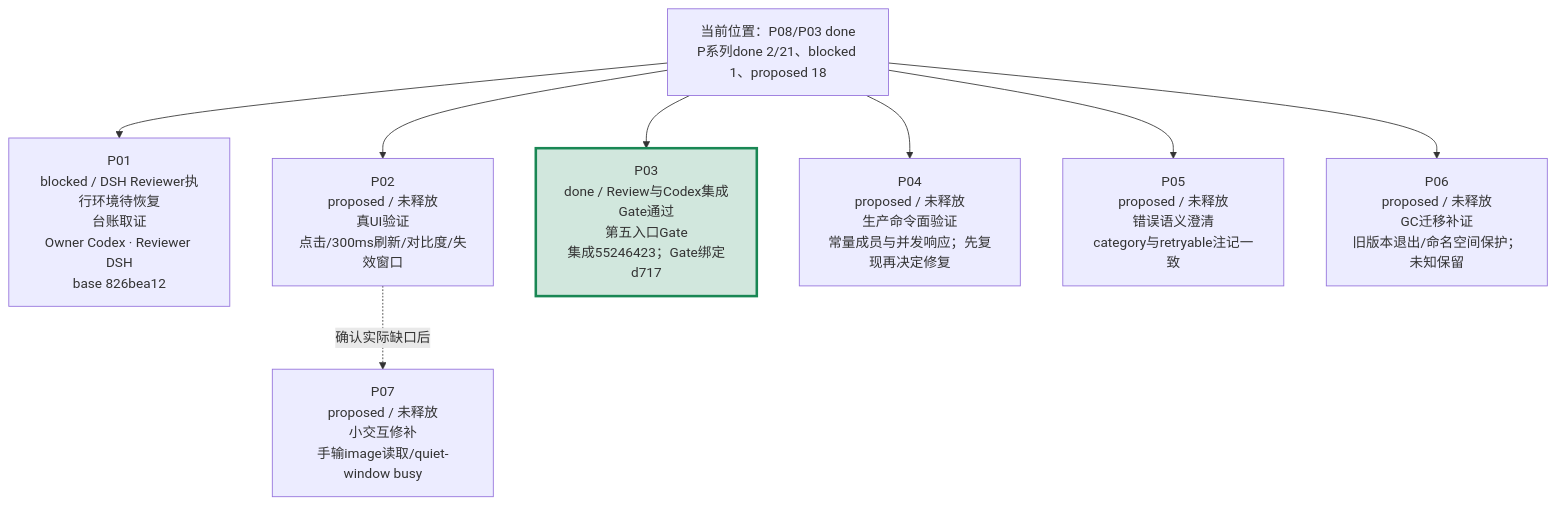
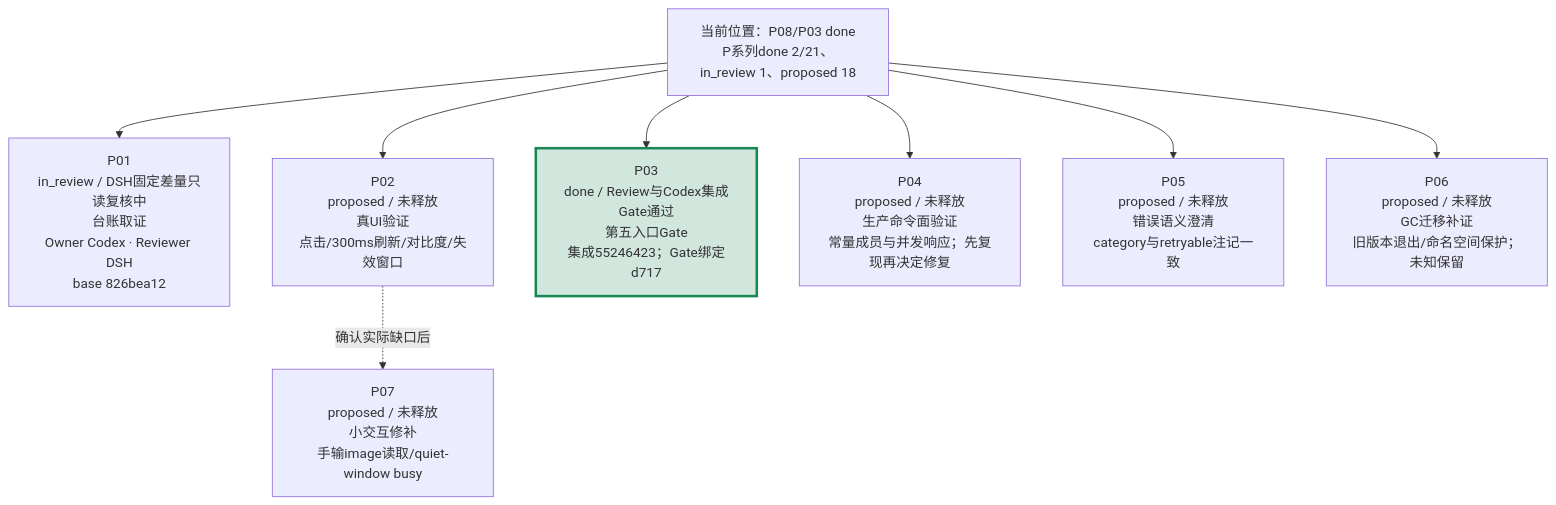
The second of 4 diagrams in verification/PROJECT-ROADMAP-20261008/ROADMAP.md (peakwheat-pixel/New-Manga), drawn with Mermaid before and after one commit. The commit also changed other lines of this file and 12 other files, not shown here.

````diff
--- a/verification/PROJECT-ROADMAP-20261008/ROADMAP.md
+++ b/verification/PROJECT-ROADMAP-20261008/ROADMAP.md
@@ -30,11 +30,11 @@
 ```mermaid
 flowchart TB
-  BASE["当前位置：P08/P03 done<br/>P系列done 2/21、blocked 1、proposed 18"] --> P01["P01<br/>blocked / DSH Reviewer执行环境待恢复<br/>台账取证<br/>Owner Codex · Reviewer DSH<br/>base 826bea12"]
+  BASE["当前位置：P08/P03 done<br/>P系列done 2/21、in_review 1、proposed 18"] --> P01["P01<br/>in_review / DSH固定差量只读复核中<br/>台账取证<br/>Owner Codex · Reviewer DSH<br/>base 826bea12"]
   BASE --> P02["P02<br/>proposed / 未释放<br/>真UI验证<br/>点击/300ms刷新/对比度/失效窗口"]
   BASE --> P03["P03<br/>done / Review与Codex集成Gate通过<br/>第五入口Gate<br/>集成55246423；Gate绑定d717"]
   BASE --> P04["P04<br/>proposed / 未释放<br/>生产命令面验证<br/>常量成员与并发响应；先复现再决定修复"]
   BASE --> P05["P05<br/>proposed / 未释放<br/>错误语义澄清<br/>category与retryable注记一致"]
   BASE --> P06["P06<br/>proposed / 未释放<br/>GC迁移补证<br/>旧版本退出/命名空间保护；未知保留"]
   P02 -. "确认实际缺口后" .-> P07["P07<br/>proposed / 未释放<br/>小交互修补<br/>手输image读取/quiet-window busy"]
   style P03 fill:#d1e7dd,stroke:#198754,stroke-width:3px
 ```
````
